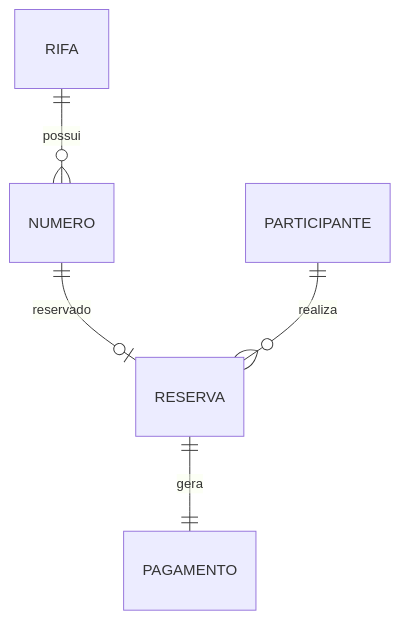
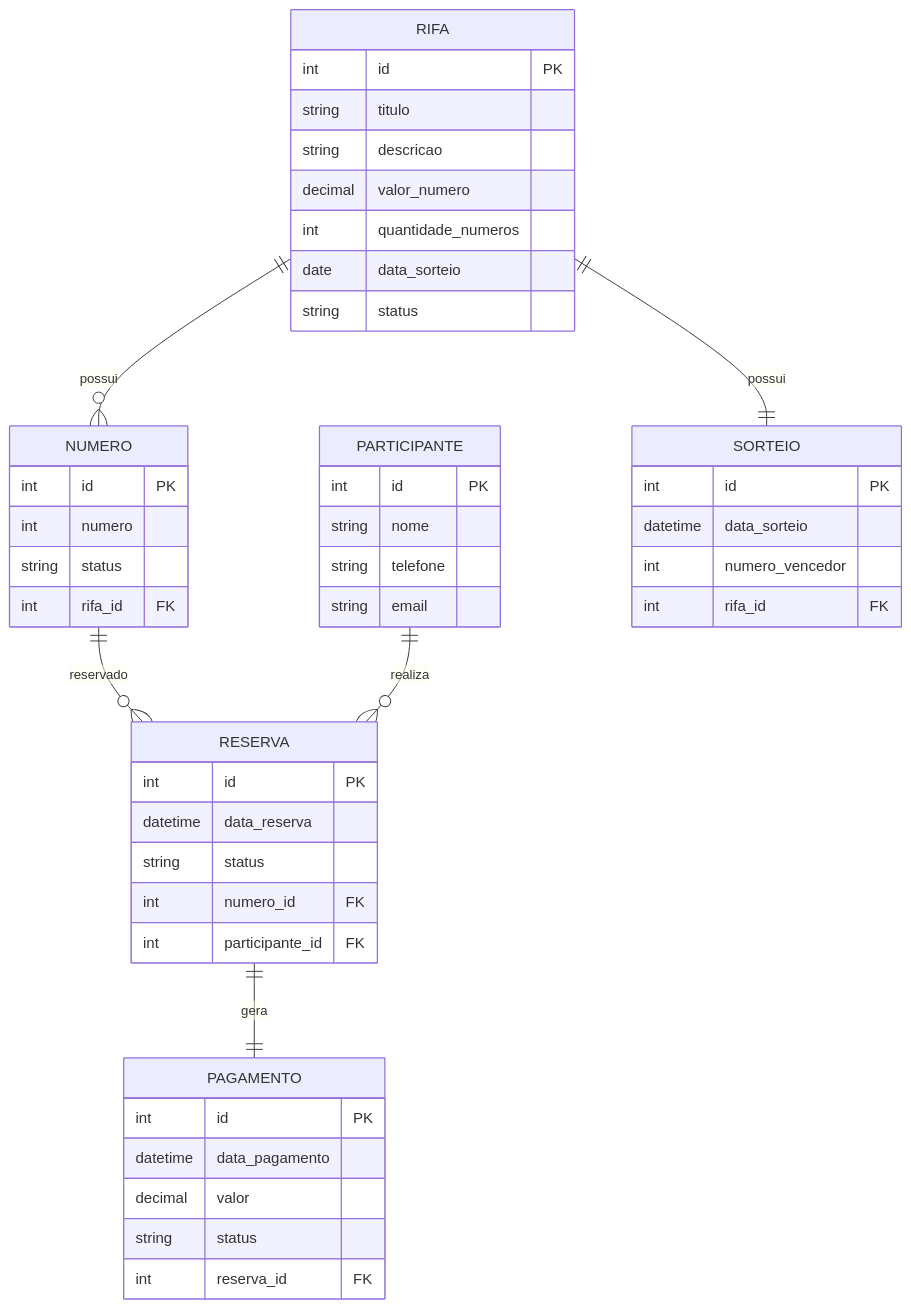
One commit to ivnavalenca/rifa-digital changed the diagram in docs/architecture/data/logical/modelo-relacional.md. Above: the diagram before and after it, drawn with Mermaid. The commit also changed other lines of this file, not shown here.

````diff
--- a/docs/architecture/data/logical/modelo-relacional.md
+++ b/docs/architecture/data/logical/modelo-relacional.md
@@ -192,8 +20,56 @@
-```mermaid
+``` mermaid
 erDiagram
 
+RIFA {
+  int id PK
+  string titulo
+  string descricao
+  decimal valor_numero
+  int quantidade_numeros
+  date data_sorteio
+  string status
+}
+
+NUMERO {
+  int id PK
+  int numero
+  string status
+  int rifa_id FK
+}
+
+PARTICIPANTE {
+  int id PK
+  string nome
+  string telefone
+  string email
+}
+
+RESERVA {
+  int id PK
+  datetime data_reserva
+  string status
+  int numero_id FK
+  int participante_id FK
+}
+
+PAGAMENTO {
+  int id PK
+  datetime data_pagamento
+  decimal valor
+  string status
+  int reserva_id FK
+}
+
+SORTEIO {
+  int id PK
+  datetime data_sorteio
+  int numero_vencedor
+  int rifa_id FK
+}
+
 RIFA ||--o{ NUMERO : possui
-NUMERO ||--o| RESERVA : reservado
+NUMERO ||--o{ RESERVA : reservado
 PARTICIPANTE ||--o{ RESERVA : realiza
 RESERVA ||--|| PAGAMENTO : gera
+RIFA ||--|| SORTEIO : possui
 ```
````
